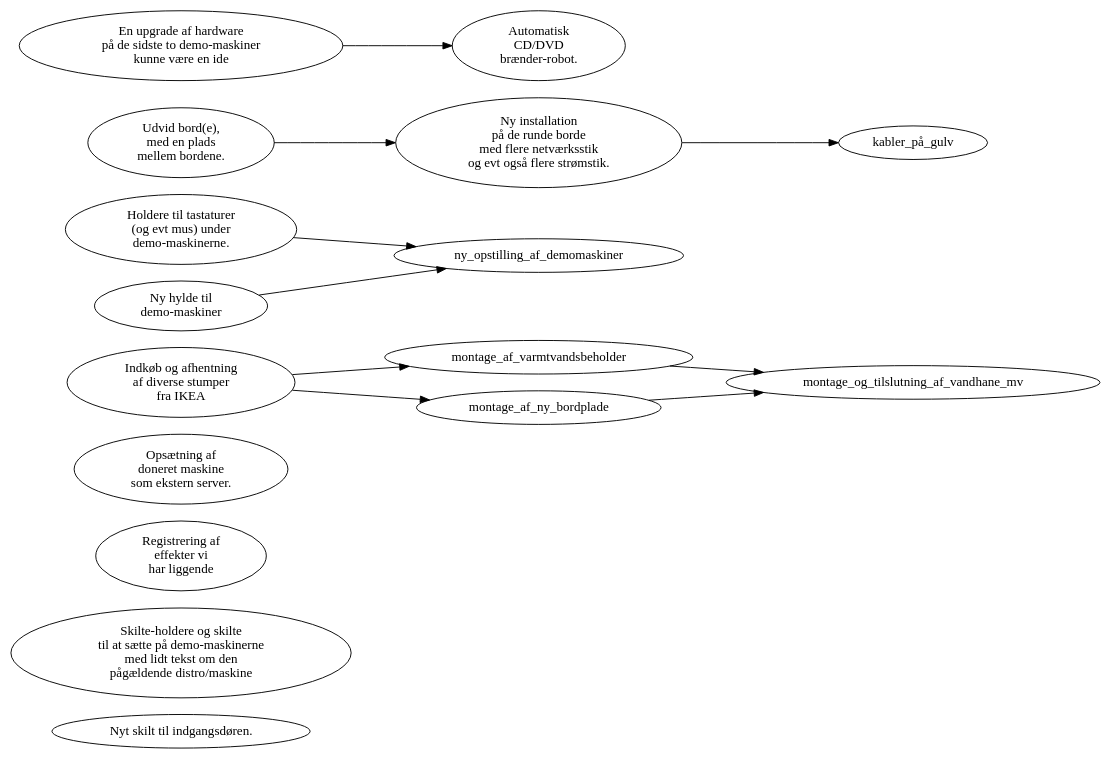
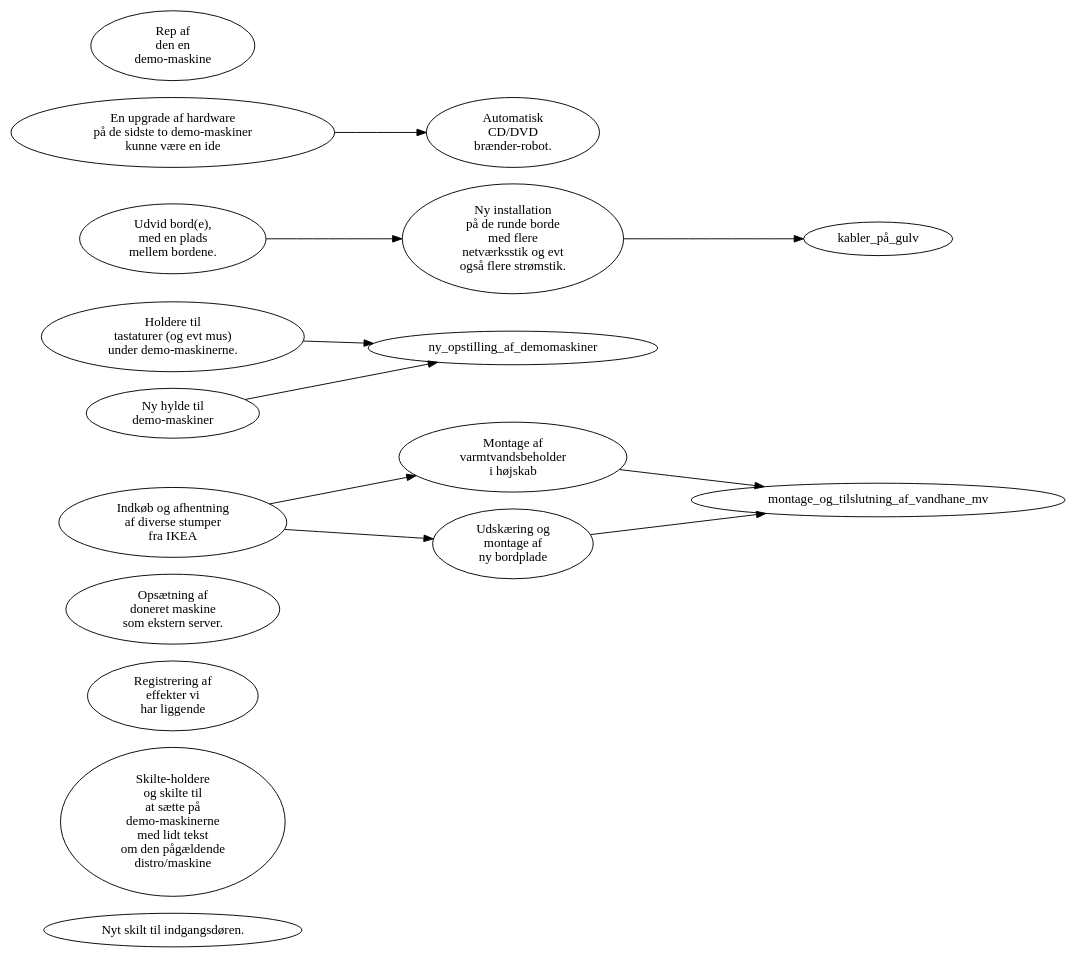
One commit to alslug/alslug.dk changed the diagram in faq/todo.dot. Above: the diagram before and after it, drawn with Graphviz.

```diff
--- a/faq/todo.dot
+++ b/faq/todo.dot
@@ -1,23 +1,26 @@
 digraph xxx {
     rankdir=LR;
     nyt_dørskilt [ label="Nyt skilt til indgangsdøren." ];
-    skilteholdere [ label="Skilte-holdere og skilte \n til at sætte på demo-maskinerne \n med lidt tekst om den \n pågældende distro/maskine" ];
+    skilteholdere [ label="Skilte-holdere \n og skilte til \n at sætte på \n demo-maskinerne \n med lidt tekst \n om den pågældende \n distro/maskine" ];
     registerer_udstyr [ label="Registrering af \n effekter vi \n har liggende" ];
     ny_bootserver [ label="Opsætning af \n doneret maskine \n som ekstern server." ];
     
     indkøb_hos_ikea [ label="Indkøb og afhentning \n af diverse stumper \n fra IKEA" ];
+    montage_af_varmtvandsbeholder [ label="Montage af \n varmtvandsbeholder \n i højskab" ];
+    montage_af_ny_bordplade [ label="Udskæring og \n montage af \n ny bordplade" ];
     indkøb_hos_ikea -> {montage_af_varmtvandsbeholder,montage_af_ny_bordplade} -> montage_og_tilslutning_af_vandhane_mv
 
-    lav_keyboard_holdere [ label="Holdere til tastaturer \n (og evt mus) under \n demo-maskinerne." ];
+    lav_keyboard_holdere [ label="Holdere til \n tastaturer (og evt mus) \n under demo-maskinerne." ];
     hylde_til_demomaskiner [ label="Ny hylde til \n demo-maskiner" ];
     {lav_keyboard_holdere,hylde_til_demomaskiner} -> ny_opstilling_af_demomaskiner;
 
     udvid_borde [ label="Udvid bord(e), \n med en plads \n mellem bordene." ];
-    bord_instalationer [ label="Ny installation \n på de runde borde \n med flere netværksstik \n og evt også flere strømstik." ];
+    bord_instalationer [ label="Ny installation \n på de runde borde \n med flere \n netværksstik og evt \n også flere strømstik." ];
     kabler_på_gulv [ labek="Kabler til bordet \n ved projektoren skal \n lægges ned  i \n kabelkanal på gulvet." ];
     udvid_borde -> bord_instalationer -> kabler_på_gulv;
 
     upgrade_demomaskiner [ label="En upgrade af hardware \n på de sidste to demo-maskiner \n kunne være en ide" ];
+    rep_af_demomaskine [ label="Rep af \n den en \n demo-maskine" ];
     cd_brænder [ label="Automatisk \n CD/DVD \n brænder-robot." ];
     upgrade_demomaskiner -> cd_brænder;
 }
```
